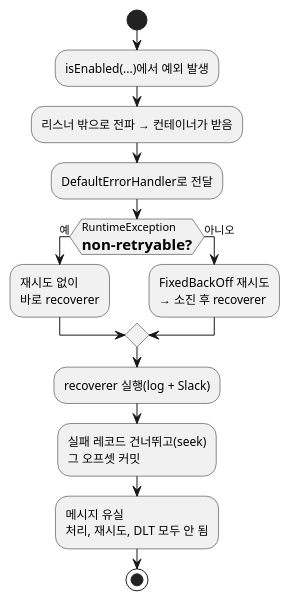
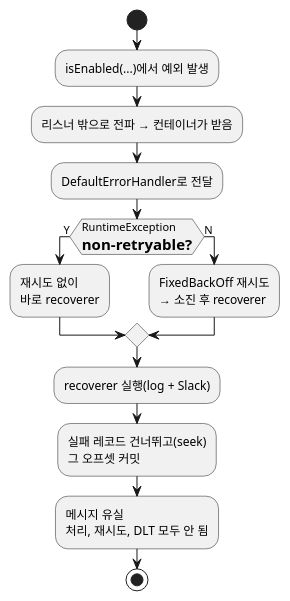
One commit to johnycho/johny-dev changed the diagram in blog/2026-10-27-spring-kafka-manual-ack-error-offset-commit.mdx. Above: the diagram before and after it, drawn with PlantUML. The commit also changed 70 other files, not shown here.

````diff
--- a/blog/2026-10-27-spring-kafka-manual-ack-error-offset-commit.mdx
+++ b/blog/2026-10-27-spring-kafka-manual-ack-error-offset-commit.mdx
@@ -122,19 +122,19 @@
 ```plantuml
 @startuml
 skinparam shadowing false
 skinparam defaultFontName sans-serif
 start
 :isEnabled(...)에서 예외 발생;
 :리스너 밖으로 전파 → 컨테이너가 받음;
 :DefaultErrorHandler로 전달;
-if (RuntimeException\n= non-retryable?) then (예)
+if (RuntimeException\n= non-retryable?) then (Y)
   :재시도 없이\n바로 recoverer;
-else (아니오)
+else (N)
   :FixedBackOff 재시도\n→ 소진 후 recoverer;
 endif
 :recoverer 실행(log + Slack);
 :실패 레코드 건너뛰고(seek)\n그 오프셋 커밋;
 :메시지 유실\n처리, 재시도, DLT 모두 안 됨;
 stop
 @enduml
 ```
````
